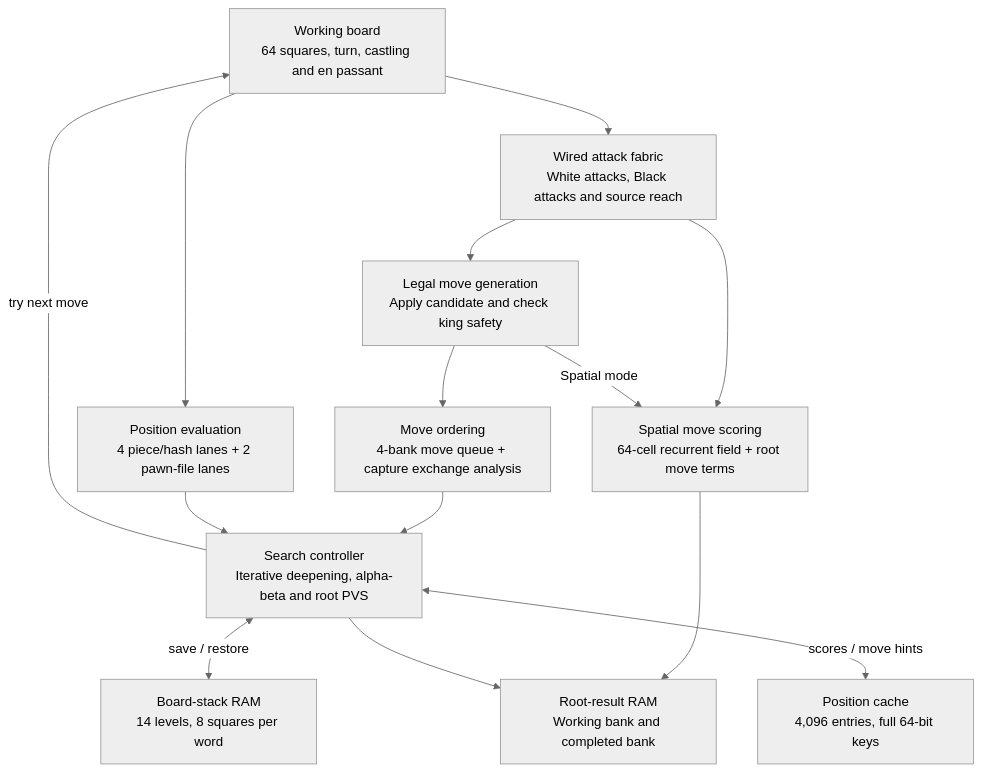
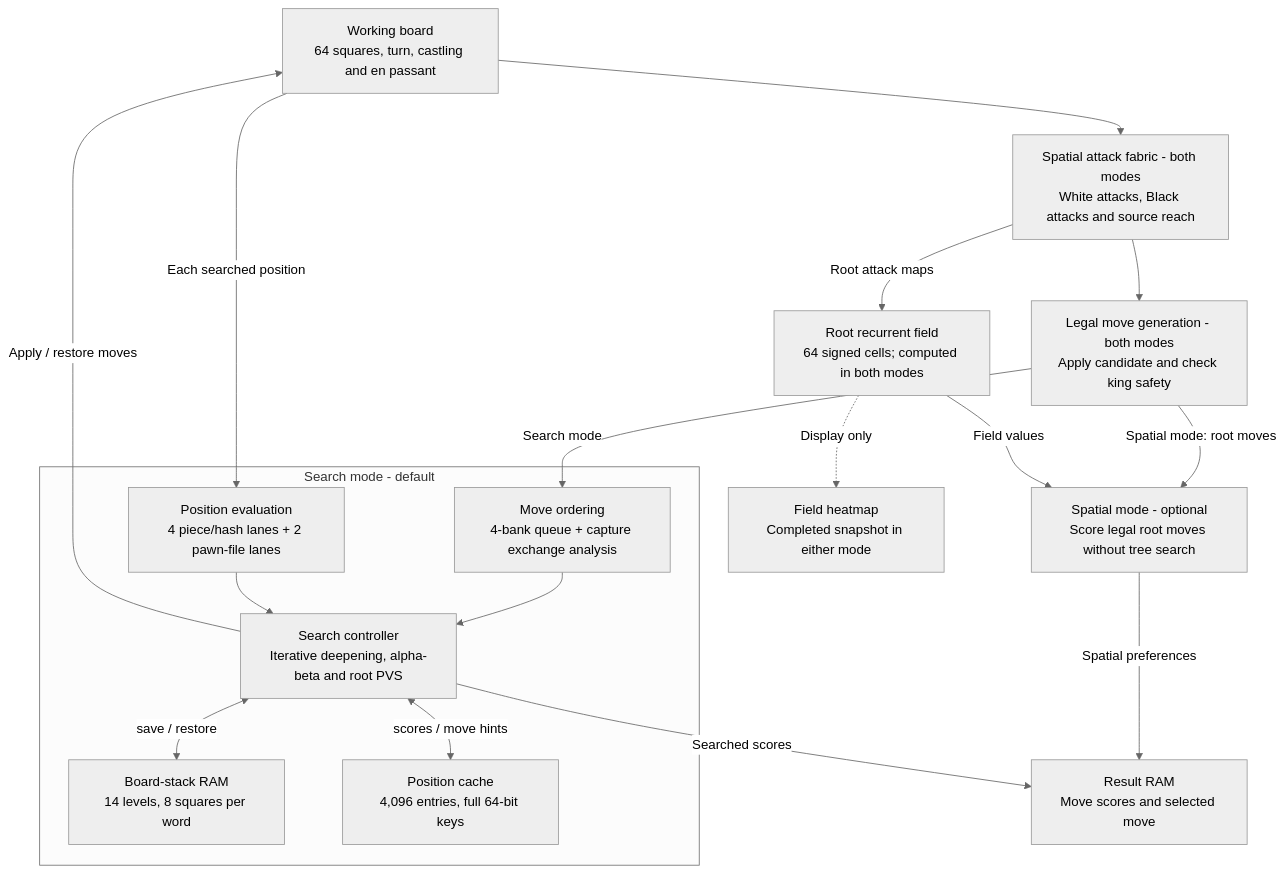
One commit to phase0noise/DE10LiteChess changed the diagram in README.md. Above: the diagram before and after it, drawn with Mermaid (neutral theme). The commit also changed other lines of this file and 1 other file, not shown here.

Commit message:
Explain shared spatial attack fabric and optional field scoring

````diff
--- a/README.md
+++ b/README.md
@@ -26,23 +35,34 @@
 ```mermaid
 flowchart TB
     Board["Working board<br/>64 squares, turn, castling and en passant"]
-    Attacks["Wired attack fabric<br/>White attacks, Black attacks and source reach"]
-    Legal["Legal move generation<br/>Apply candidate and check king safety"]
-    Queue["Move ordering<br/>4-bank move queue + capture exchange analysis"]
-    Search["Search controller<br/>Iterative deepening, alpha-beta and root PVS"]
-    Eval["Position evaluation<br/>4 piece/hash lanes + 2 pawn-file lanes"]
-    Stack["Board-stack RAM<br/>14 levels, 8 squares per word"]
-    Cache["Position cache<br/>4,096 entries, full 64-bit keys"]
-    Field["Spatial move scoring<br/>64-cell recurrent field + root move terms"]
-    Results["Root-result RAM<br/>Working bank and completed bank"]
+    Attacks["Spatial attack fabric - both modes<br/>White attacks, Black attacks and source reach"]
+    Legal["Legal move generation - both modes<br/>Apply candidate and check king safety"]
 
-    Board --> Attacks --> Legal --> Queue --> Search
-    Board --> Eval --> Search
-    Search <-->|"save / restore"| Stack
-    Search <-->|"scores / move hints"| Cache
-    Search -->|"try next move"| Board
-    Attacks --> Field
-    Legal -->|"Spatial mode"| Field
-    Field --> Results
-    Search --> Results
+    subgraph Tree["Search mode - default"]
+        Queue["Move ordering<br/>4-bank queue + capture exchange analysis"]
+        Search["Search controller<br/>Iterative deepening, alpha-beta and root PVS"]
+        Eval["Position evaluation<br/>4 piece/hash lanes + 2 pawn-file lanes"]
+        Stack["Board-stack RAM<br/>14 levels, 8 squares per word"]
+        Cache["Position cache<br/>4,096 entries, full 64-bit keys"]
+        Queue --> Search
+        Eval --> Search
+        Search <-->|"save / restore"| Stack
+        Search <-->|"scores / move hints"| Cache
+    end
+
+    Field["Root recurrent field<br/>64 signed cells; computed in both modes"]
+    Direct["Spatial mode - optional<br/>Score legal root moves without tree search"]
+    Heatmap["Field heatmap<br/>Completed snapshot in either mode"]
+    Results["Result RAM<br/>Move scores and selected move"]
+
+    Board --> Attacks --> Legal
+    Legal -->|"Search mode"| Queue
+    Board -->|"Each searched position"| Eval
+    Search -->|"Apply / restore moves"| Board
+    Search -->|"Searched scores"| Results
+    Attacks -->|"Root attack maps"| Field
+    Legal -->|"Spatial mode: root moves"| Direct
+    Field -->|"Field values"| Direct
+    Direct -->|"Spatial preferences"| Results
+    Field -.->|"Display only"| Heatmap
 ```
````
